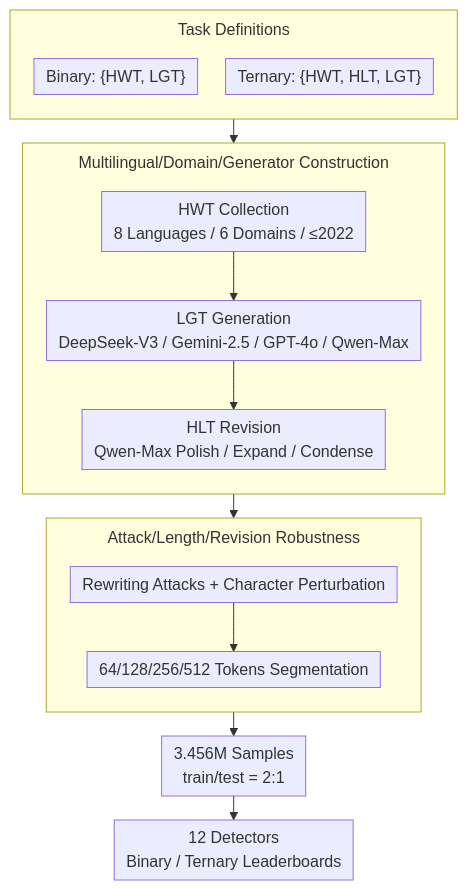
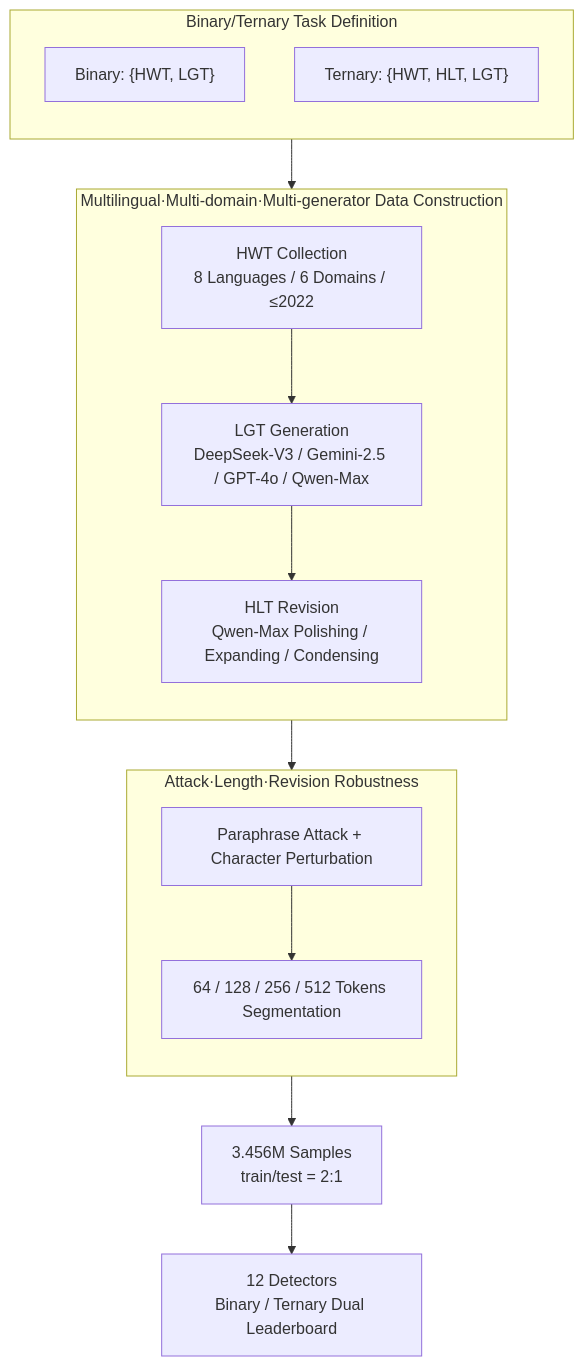
Before and after one commit to zhaoyang97/Paper-Notes-en: the diagram in docs/ACL2026/aigc_detection/detectrl-x_towards_reliable_multilingual_and_real-world_llm-generated_text_detec.md, drawn with Mermaid. The commit also changed other lines of this file and 5084 other files, not shown here.

````diff
--- a/docs/ACL2026/aigc_detection/detectrl-x_towards_reliable_multilingual_and_real-world_llm-generated_text_detec.md
+++ b/docs/ACL2026/aigc_detection/detectrl-x_towards_reliable_multilingual_and_real-world_llm-generated_text_detec.md
@@ -42,22 +42,21 @@
 ```mermaid
-%%{init: {'flowchart': {'rankSpacing': 24, 'nodeSpacing': 28, 'padding': 6, 'wrappingWidth': 400, 'subGraphTitleMargin': {'top': 8, 'bottom': 16}}}}%%
-flowchart TD
-    subgraph TASK["Task Definitions"]
+graph TD
+    subgraph TASK["Binary/Ternary Task Definition"]
         direction TB
         T1["Binary: {HWT, LGT}"]
         T2["Ternary: {HWT, HLT, LGT}"]
     end
-    subgraph DATA["Multilingual/Domain/Generator Construction"]
+    subgraph DATA["Multilingual·Multi-domain·Multi-generator Data Construction"]
         direction TB
         D1["HWT Collection<br/>8 Languages / 6 Domains / ≤2022"] --> D2["LGT Generation<br/>DeepSeek-V3 / Gemini-2.5 / GPT-4o / Qwen-Max"]
-        D2 --> D3["HLT Revision<br/>Qwen-Max Polish / Expand / Condense"]
+        D2 --> D3["HLT Revision<br/>Qwen-Max Polishing / Expanding / Condensing"]
     end
-    subgraph ROBUST["Attack/Length/Revision Robustness"]
+    subgraph ROBUST["Attack·Length·Revision Robustness"]
         direction TB
-        R1["Rewriting Attacks + Character Perturbation"] --> R2["64/128/256/512 Tokens Segmentation"]
+        R1["Paraphrase Attack + Character Perturbation"] --> R2["64 / 128 / 256 / 512 Tokens Segmentation"]
     end
     TASK --> DATA
     DATA --> ROBUST
     ROBUST --> S["3.456M Samples<br/>train/test = 2:1"]
-    S --> EVAL["12 Detectors<br/>Binary / Ternary Leaderboards"]
+    S --> EVAL["12 Detectors<br/>Binary / Ternary Dual Leaderboard"]
 ```
````
